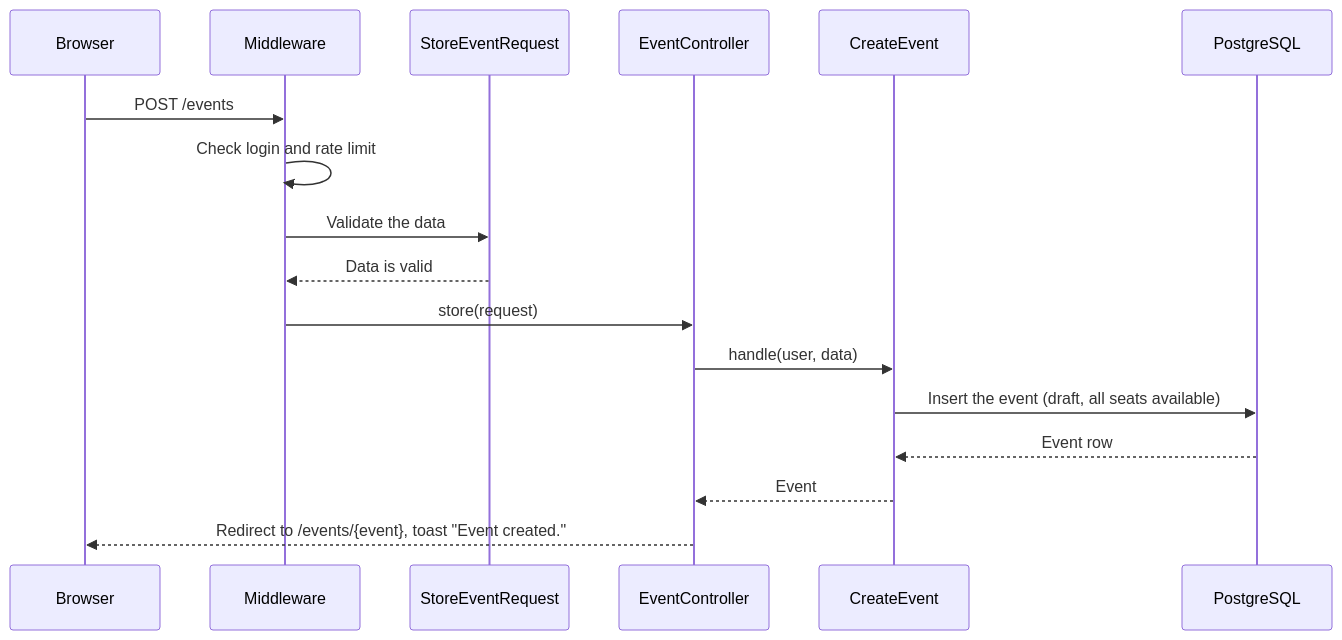
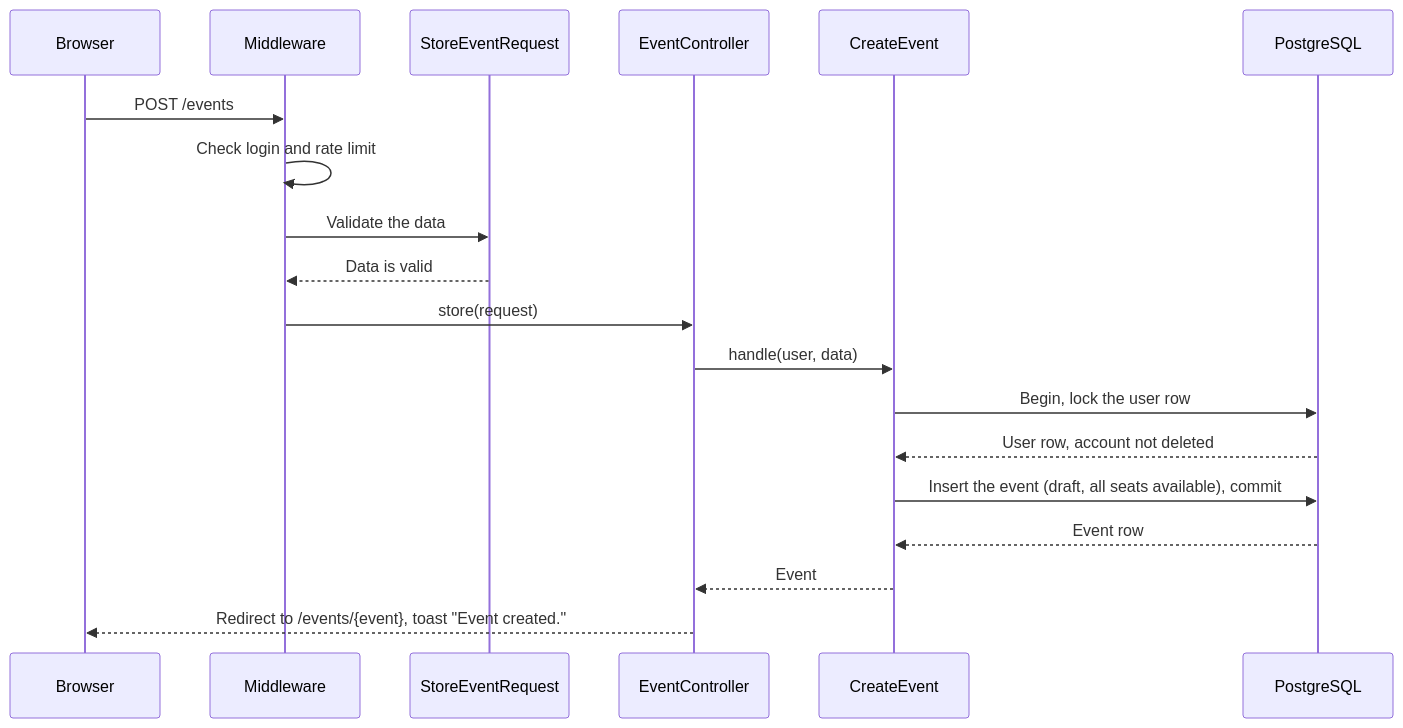
Before and after one commit to Leonelmarianog/event-booking-system: the first of 3 diagrams in app/Actions/CreateEvent/README.md, drawn with Mermaid. The commit also changed other lines of this file and 5 other files, not shown here.

Commit message:
docs: document DeleteAccount and the user lock, update handoff

````diff
--- a/app/Actions/CreateEvent/README.md
+++ b/app/Actions/CreateEvent/README.md
@@ -18,20 +23,22 @@
 ```mermaid
 sequenceDiagram
     participant Browser
     participant Middleware
     participant Request as StoreEventRequest
     participant Controller as EventController
     participant Action as CreateEvent
     participant DB as PostgreSQL
 
     Browser->>Middleware: POST /events
     Middleware->>Middleware: Check login and rate limit
     Middleware->>Request: Validate the data
     Request-->>Middleware: Data is valid
     Middleware->>Controller: store(request)
     Controller->>Action: handle(user, data)
-    Action->>DB: Insert the event (draft, all seats available)
+    Action->>DB: Begin, lock the user row
+    DB-->>Action: User row, account not deleted
+    Action->>DB: Insert the event (draft, all seats available), commit
     DB-->>Action: Event row
     Action-->>Controller: Event
     Controller-->>Browser: Redirect to /events/{event}, toast "Event created."
 ```
````
